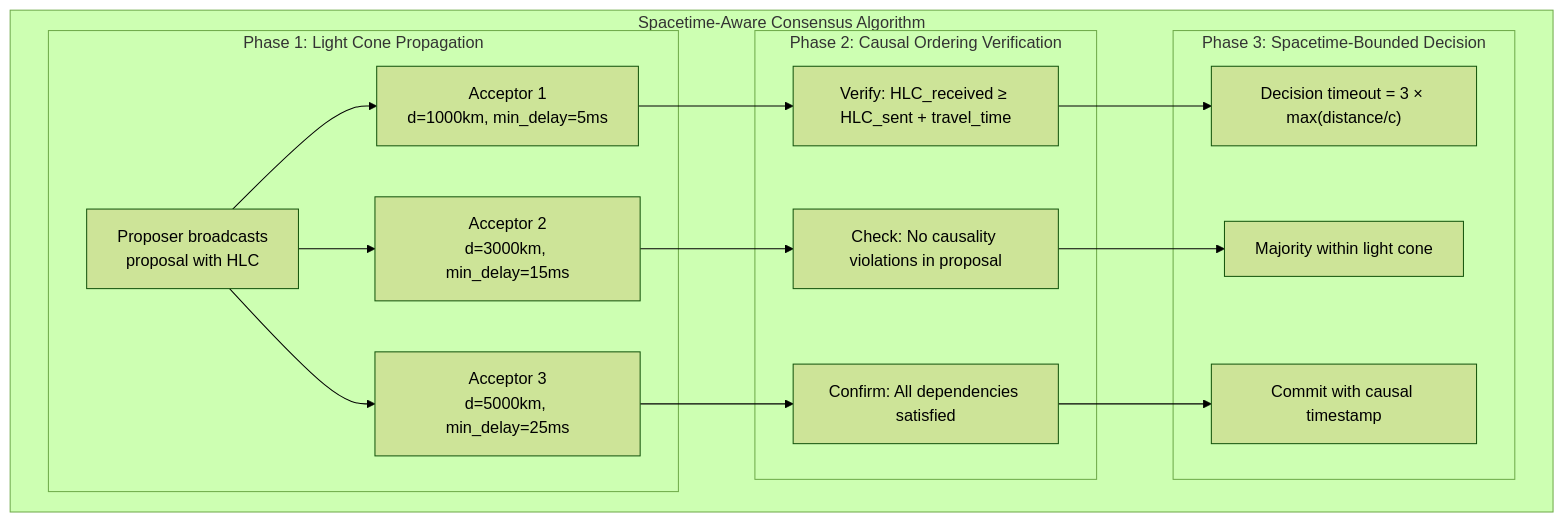
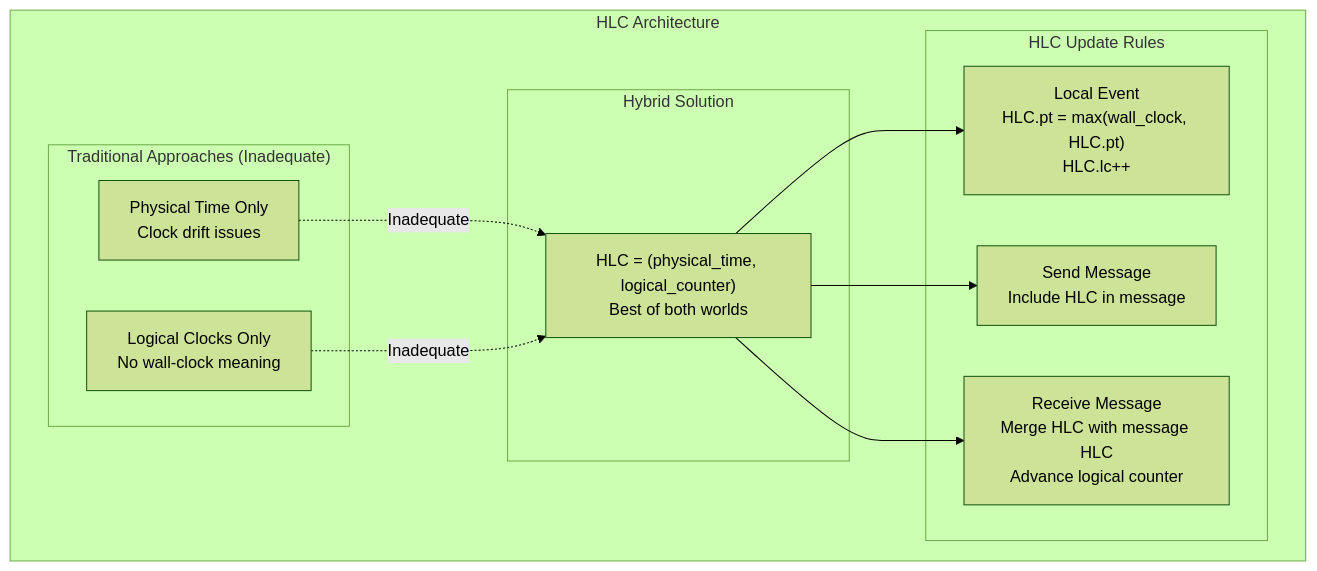
Before and after one commit to deepaucksharma/DStudio: the seventh of 8 diagrams in docs/core-principles/laws/asynchronous-reality.md, drawn with Mermaid (forest theme). The commit also changed other lines of this file and 498 other files, not shown here.

First line of the commit message:
feat: comprehensive knowledge graph quality improvements

````diff
--- a/docs/core-principles/laws/asynchronous-reality.md
+++ b/docs/core-principles/laws/asynchronous-reality.md
@@ -452,33 +1595,25 @@
 ```mermaid
 graph TB
-    subgraph "Spacetime-Aware Consensus Algorithm"
-        subgraph "Phase 1: Light Cone Propagation"
-            P1["Proposer broadcasts<br/>proposal with HLC"]
-            A1["Acceptor 1<br/>d=1000km, min_delay=5ms"]
-            A2["Acceptor 2<br/>d=3000km, min_delay=15ms"]
-            A3["Acceptor 3<br/>d=5000km, min_delay=25ms"]
+    subgraph "HLC Architecture"
+        subgraph "Traditional Approaches (Inadequate)"
+            PT["Physical Time Only<br/>Clock drift issues"]
+            LC["Logical Clocks Only<br/>No wall-clock meaning"]
         end
         
-        subgraph "Phase 2: Causal Ordering Verification"
-            V1["Verify: HLC_received ≥ HLC_sent + travel_time"]
-            V2["Check: No causality violations in proposal"]
-            V3["Confirm: All dependencies satisfied"]
+        subgraph "Hybrid Solution"
+            HLC["HLC = (physical_time, logical_counter)<br/>Best of both worlds"]
         end
         
-        subgraph "Phase 3: Spacetime-Bounded Decision"
-            D1["Decision timeout = 3 × max(distance/c)"]
-            D2["Majority within light cone"]
-            D3["Commit with causal timestamp"]
+        subgraph "HLC Update Rules"
+            LOCAL["Local Event<br/>HLC.pt = max(wall_clock, HLC.pt)<br/>HLC.lc++"]
+            SEND["Send Message<br/>Include HLC in message"]
+            RECV["Receive Message<br/>Merge HLC with message HLC<br/>Advance logical counter"]
         end
     end
     
-    P1 --> A1
-    P1 --> A2  
-    P1 --> A3
-    A1 --> V1
-    A2 --> V2
-    A3 --> V3
-    V1 --> D1
-    V2 --> D2
-    V3 --> D3
+    PT -.->|"Inadequate"| HLC
+    LC -.->|"Inadequate"| HLC
+    HLC --> LOCAL
+    HLC --> SEND
+    HLC --> RECV
 ```
````
